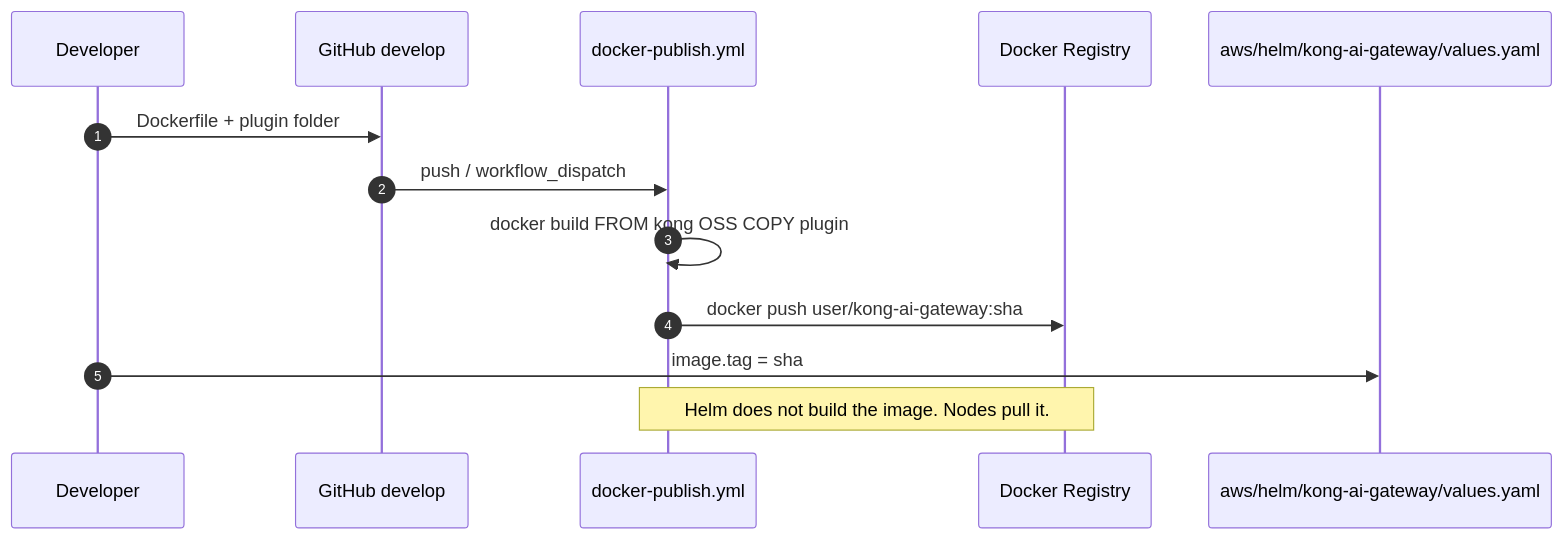
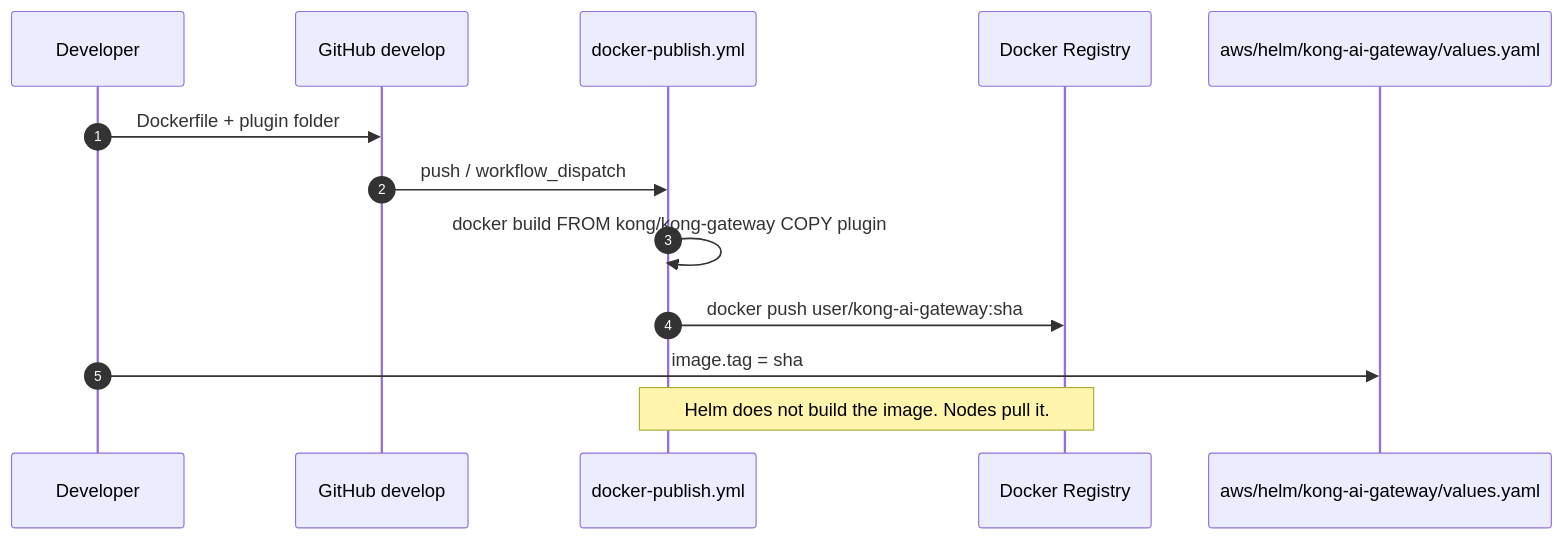
One commit to UttamGiri/kong-ai-gateway changed the second of 3 diagrams in aws/helm/kong-ai-gateway/ARCHITECTURE.md. Above: the diagram before and after it, drawn with Mermaid. The commit also changed other lines of this file and 5 other files, not shown here.

First line of the commit message:
Switch the Kong base image from OSS to Enterprise 3.9.

````diff
--- a/aws/helm/kong-ai-gateway/ARCHITECTURE.md
+++ b/aws/helm/kong-ai-gateway/ARCHITECTURE.md
@@ -49,16 +49,16 @@
 ```mermaid
 sequenceDiagram
     autonumber
     participant Dev as Developer
     participant GH as GitHub develop
     participant GHA as docker-publish.yml
     participant REG as Docker Registry
     participant Helm as aws/helm/kong-ai-gateway/values.yaml
 
     Dev->>GH: Dockerfile + plugin folder
     GH->>GHA: push / workflow_dispatch
-    GHA->>GHA: docker build FROM kong OSS COPY plugin
+    GHA->>GHA: docker build FROM kong/kong-gateway COPY plugin
     GHA->>REG: docker push user/kong-ai-gateway:sha
     Dev->>Helm: image.tag = sha
     Note over GHA,REG: Helm does not build the image. Nodes pull it.
 ```
````
